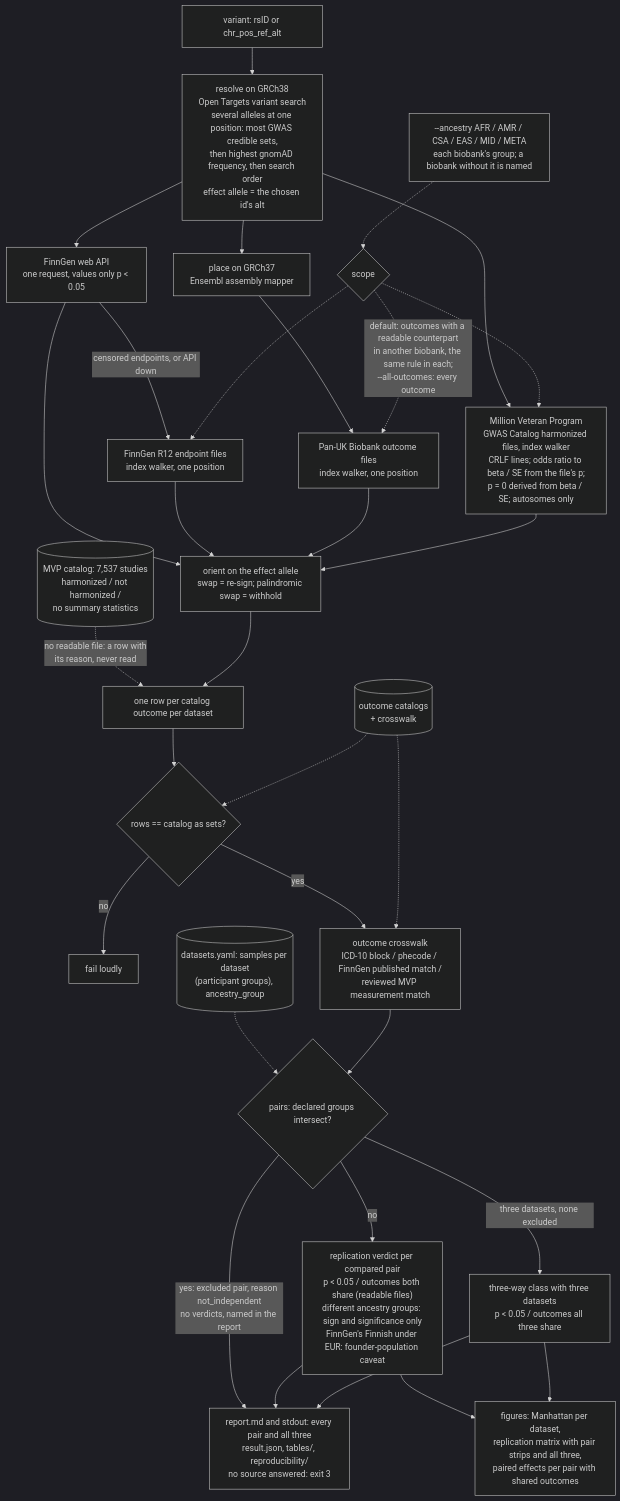
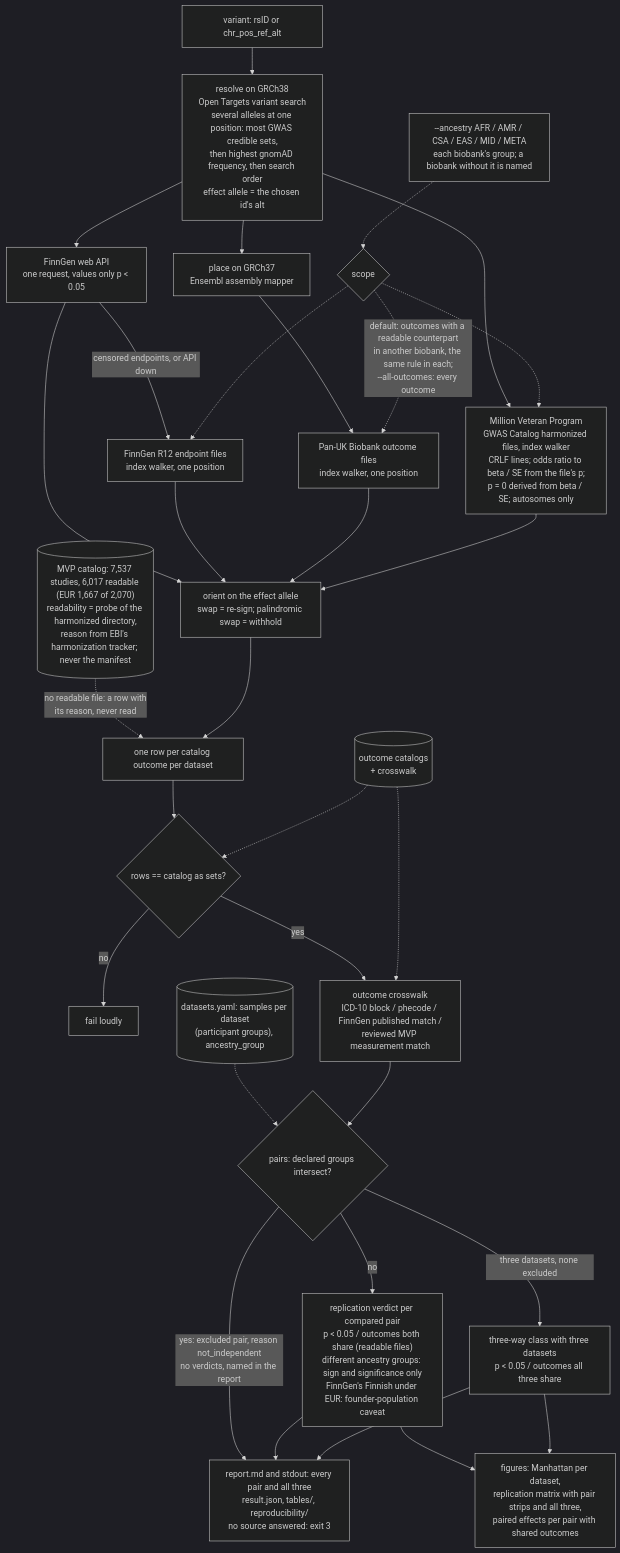
One commit to madaraviv/ClawBio changed the diagram in skills/snp-phewas/diagram.mmd. Above: the diagram before and after it, drawn with Mermaid (dark theme). The commit also changed 21 other files, not shown here.

```diff
--- a/skills/snp-phewas/diagram.mmd
+++ b/skills/snp-phewas/diagram.mmd
@@ -1,31 +1,31 @@
 flowchart TD
     Q["variant: rsID or chr_pos_ref_alt"] --> R["resolve on GRCh38<br/>Open Targets variant search<br/>several alleles at one position: most GWAS credible sets,<br/>then highest gnomAD frequency, then search order<br/>effect allele = the chosen id's alt"]
     R --> M["place on GRCh37<br/>Ensembl assembly mapper"]
     R --> FG_API["FinnGen web API<br/>one request, values only p &lt; 0.05"]
     FG_API -->|censored endpoints, or API down| FG_TBX["FinnGen R12 endpoint files<br/>index walker, one position"]
     M --> PAN["Pan-UK Biobank outcome files<br/>index walker, one position"]
     R --> MVP["Million Veteran Program<br/>GWAS Catalog harmonized files, index walker<br/>CRLF lines; odds ratio to beta / SE from the file's p;<br/>p = 0 derived from beta / SE; autosomes only"]
-    MVPCAT[("MVP catalog: 7,537 studies<br/>harmonized / not harmonized /<br/>no summary statistics")] -.->|no readable file: a row with<br/>its reason, never read| ROWS
+    MVPCAT[("MVP catalog: 7,537 studies, 6,017 readable (EUR 1,667 of 2,070)<br/>readability = probe of the harmonized directory,<br/>reason from EBI's harmonization tracker; never the manifest")] -.->|no readable file: a row with<br/>its reason, never read| ROWS
     ANC["--ancestry AFR / AMR / CSA / EAS / MID / META<br/>each biobank's group; a biobank without it is named"] -.-> SCOPE
     SCOPE{"scope"} -.->|default: outcomes with a readable counterpart<br/>in another biobank, the same rule in each;<br/>--all-outcomes: every outcome| PAN
     SCOPE -.-> FG_TBX
     SCOPE -.-> MVP
     FG_API --> O
     FG_TBX --> O
     PAN --> O["orient on the effect allele<br/>swap = re-sign; palindromic swap = withhold"]
     MVP --> O
     O --> ROWS["one row per catalog outcome per dataset"]
     ROWS --> P{"rows == catalog as sets?"}
     P -->|no| X["fail loudly"]
     P -->|yes| H["outcome crosswalk<br/>ICD-10 block / phecode / FinnGen published match /<br/>reviewed MVP measurement match"]
     SAMP[("datasets.yaml: samples per dataset<br/>(participant groups), ancestry_group")] -.-> PAIRS
     H --> PAIRS{"pairs: declared groups intersect?"}
     PAIRS -->|yes: excluded pair, reason not_independent<br/>no verdicts, named in the report| OUT
     PAIRS -->|no| V["replication verdict per compared pair<br/>p &lt; 0.05 / outcomes both share (readable files)<br/>different ancestry groups: sign and significance only<br/>FinnGen's Finnish under EUR: founder-population caveat"]
     PAIRS -->|three datasets, none excluded| V3["three-way class with three datasets<br/>p &lt; 0.05 / outcomes all three share"]
     V --> OUT["report.md and stdout: every pair and all three<br/>result.json, tables/, reproducibility/<br/>no source answered: exit 3"]
     V3 --> OUT
     V --> FIG["figures: Manhattan per dataset,<br/>replication matrix with pair strips and all three,<br/>paired effects per pair with shared outcomes"]
     V3 --> FIG
     CAT[("outcome catalogs<br/>+ crosswalk")] -.-> P
     CAT -.-> H
```
